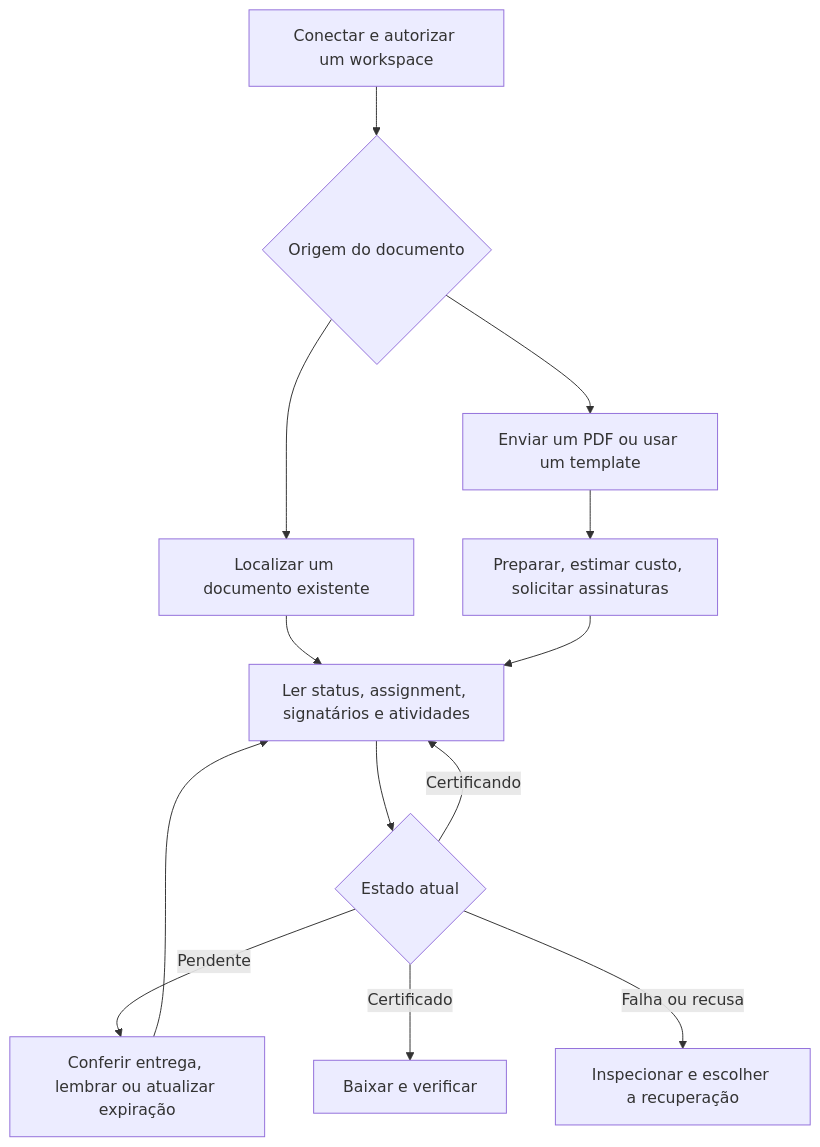
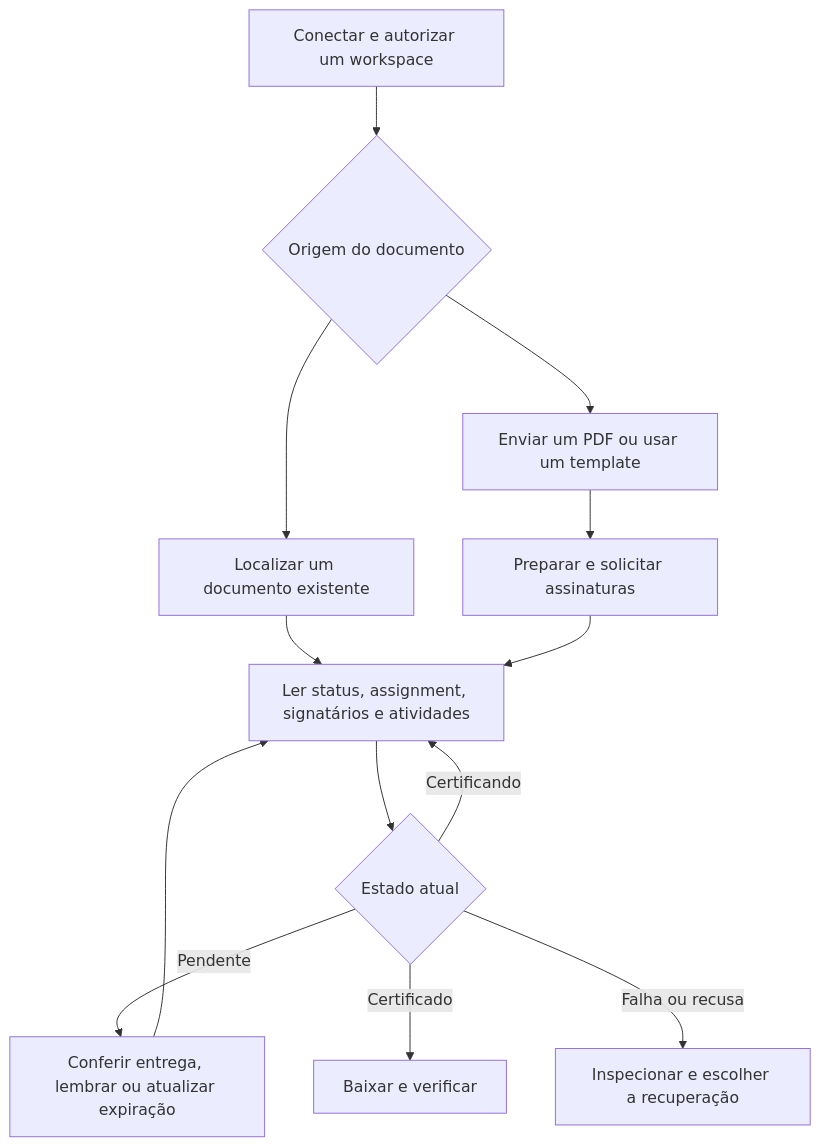
The diagram in README.md (assinafy/mcp-server), drawn with Mermaid before and after one commit. The commit also changed other lines of this file and 1 other file, not shown here.

````diff
--- a/README.md
+++ b/README.md
@@ -136,15 +136,15 @@
 ```mermaid
 flowchart TD
     A[Conectar e autorizar um workspace] --> B{Origem do documento}
     B --> C[Localizar um documento existente]
     B --> D[Enviar um PDF ou usar um template]
-    D --> E[Preparar, estimar custo, solicitar assinaturas]
+    D --> E[Preparar e solicitar assinaturas]
     C --> F[Ler status, assignment, signatários e atividades]
     E --> F
     F --> G{Estado atual}
     G -->|Pendente| H[Conferir entrega, lembrar ou atualizar expiração]
     H --> F
     G -->|Certificando| F
     G -->|Certificado| I[Baixar e verificar]
     G -->|Falha ou recusa| J[Inspecionar e escolher a recuperação]
 ```
````
